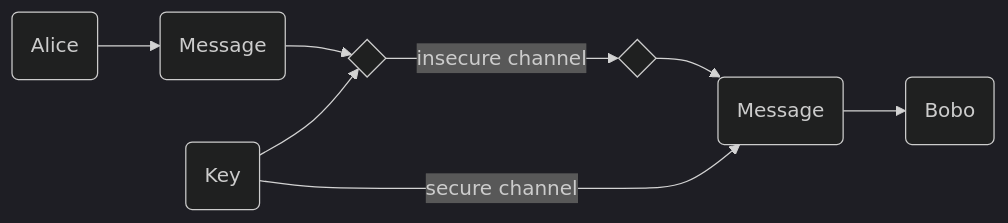
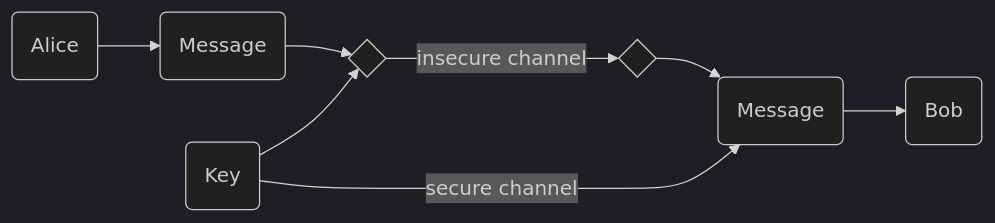
Before and after one commit to AlviseDeFaveri/appunti: the first of 4 diagrams in SEC/Security.md, drawn with Mermaid (dark theme). The commit also changed other lines of this file, not shown here.

````diff
--- a/SEC/Security.md
+++ b/SEC/Security.md
@@ -71,11 +61,11 @@
 ```mermaid
 graph LR;
 A(Alice) --> M(Message)
 K(Key) --> C{ }
 M --> C
 C -->|insecure channel| D{ }
 D --> M2(Message)
-M2 --> B(Bobo)
+M2 --> B(Bob)
 K -->|secure channel| M2
 
 ```
````
